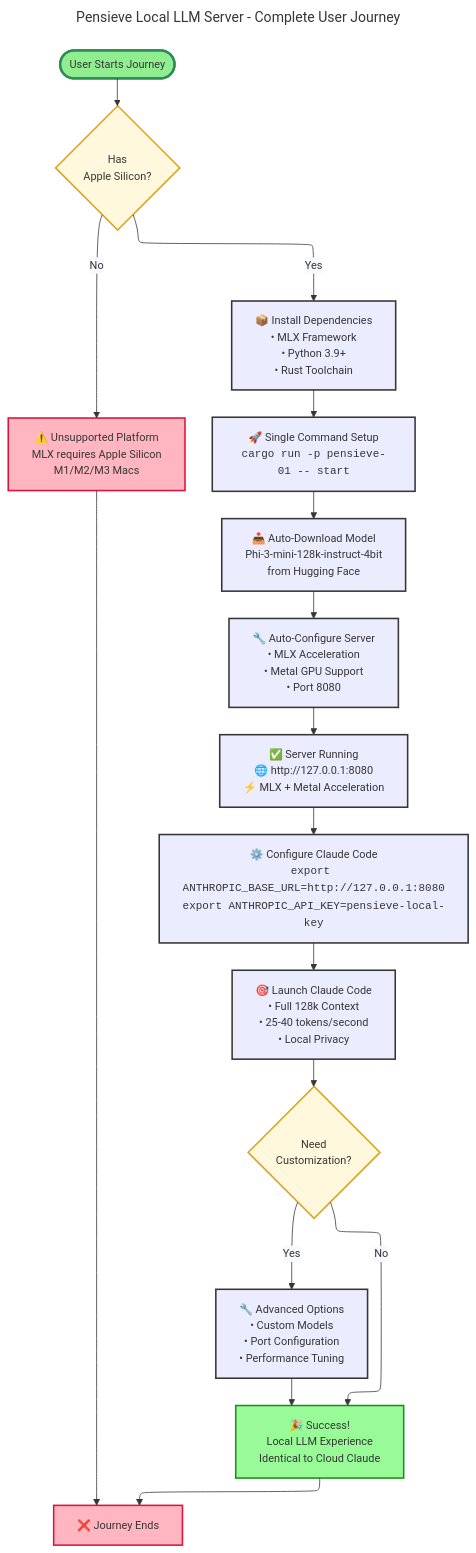
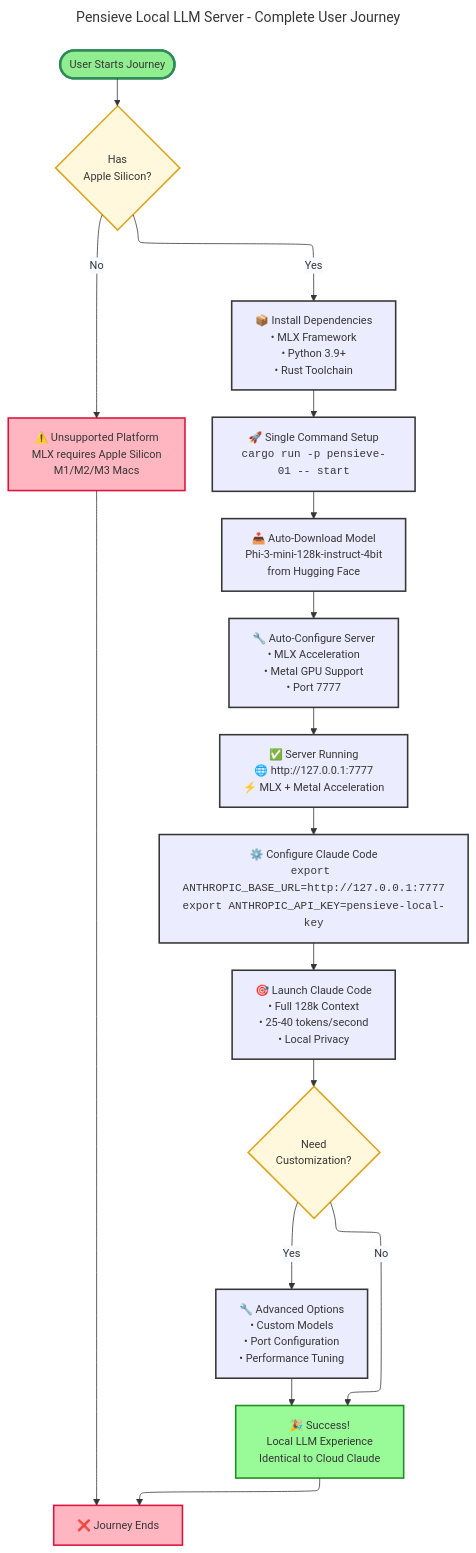
Before and after one commit to that-in-rust/pensieve-local-llm-server: the diagram in .prdArch/P01pensievePRDv1.md, drawn with Mermaid. The commit also changed other lines of this file and 8 other files, not shown here.

First line of the commit message:
🪄 Embrace the Magic: Port 7777 for Pensieve Server

````diff
--- a/.prdArch/P01pensievePRDv1.md
+++ b/.prdArch/P01pensievePRDv1.md
@@ -5,65 +5,65 @@
 ```mermaid
 ---
 title: Pensieve Local LLM Server - Complete User Journey
 accTitle: Pensieve User Journey Flowchart
 accDescr: "A comprehensive flowchart showing the complete user journey from installation to Claude Code integration with the Pensieve Local LLM Server, including automatic model download, server startup, and configuration steps."
 config:
   flowchart:
     defaultRenderer: "elk"
   theme: "base"
   themeVariables:
     primaryColor: "#ECECFF"
     primaryTextColor: "#363636"
     primaryBorderColor: "#363636"
     lineColor: "#363636"
     secondaryColor: "#f8f8ff"
     tertiaryColor: "#f0f7ff"
     fontFamily: "system-ui, -apple-system, sans-serif"
     fontSize: "14px"
     nodeSpacing: 75
     rankSpacing: 75
     wrappingWidth: 150
 ---
 flowchart TD
     Start([User Starts Journey]) --> Decision1{Has<br/>Apple Silicon?}
 
     Decision1 -- No --> Error1[⚠️ Unsupported Platform<br/>MLX requires Apple Silicon<br/>M1/M2/M3 Macs]
     Error1 --> End[❌ Journey Ends]
 
     Decision1 -- Yes --> Step1[📦 Install Dependencies<br/>• MLX Framework<br/>• Python 3.9+<br/>• Rust Toolchain]
 
     Step1 --> Step2[🚀 Single Command Setup<br/><code>cargo run -p pensieve-01 -- start</code>]
 
     Step2 --> AutoModel[📥 Auto-Download Model<br/>Phi-3-mini-128k-instruct-4bit<br/>from Hugging Face]
 
-    AutoModel --> AutoServer[🔧 Auto-Configure Server<br/>• MLX Acceleration<br/>• Metal GPU Support<br/>• Port 8080]
+    AutoModel --> AutoServer[🔧 Auto-Configure Server<br/>• MLX Acceleration<br/>• Metal GPU Support<br/>• Port 7777]
 
-    AutoServer --> Step3[✅ Server Running<br/>🌐 http://127.0.0.1:8080<br/>⚡ MLX + Metal Acceleration]
+    AutoServer --> Step3[✅ Server Running<br/>🌐 http://127.0.0.1:7777<br/>⚡ MLX + Metal Acceleration]
 
-    Step3 --> Step4[⚙️ Configure Claude Code<br/><code>export ANTHROPIC_BASE_URL=http://127.0.0.1:8080</code><br/><code>export ANTHROPIC_API_KEY=pensieve-local-key</code>]
+    Step3 --> Step4[⚙️ Configure Claude Code<br/><code>export ANTHROPIC_BASE_URL=http://127.0.0.1:7777</code><br/><code>export ANTHROPIC_API_KEY=pensieve-local-key</code>]
 
     Step4 --> Step5[🎯 Launch Claude Code<br/>• Full 128k Context<br/>• 25-40 tokens/second<br/>• Local Privacy]
 
     Step5 --> Decision2{Need<br/>Customization?}
 
     Decision2 -- No --> Success[🎉 Success!<br/>Local LLM Experience<br/>Identical to Cloud Claude]
 
     Decision2 -- Yes --> Advanced[🔧 Advanced Options<br/>• Custom Models<br/>• Port Configuration<br/>• Performance Tuning]
 
     Advanced --> Success
 
     Success --> End
 
     %% Styling for different node types
     classDef startNode fill:#90EE90,stroke:#2E8B57,stroke-width:3px
     classDef processNode fill:#ECECFF,stroke:#363636,stroke-width:2px
     classDef decisionNode fill:#FFF8DC,stroke:#DAA520,stroke-width:2px
     classDef successNode fill:#98FB98,stroke:#228B22,stroke-width:2px
     classDef errorNode fill:#FFB6C1,stroke:#DC143C,stroke-width:2px
 
     class Start startNode
     class Step1,Step2,Step3,Step4,Step5,Advanced,AutoModel,AutoServer processNode
     class Decision1,Decision2 decisionNode
     class Success successNode
     class Error1,End errorNode
 ```
````
